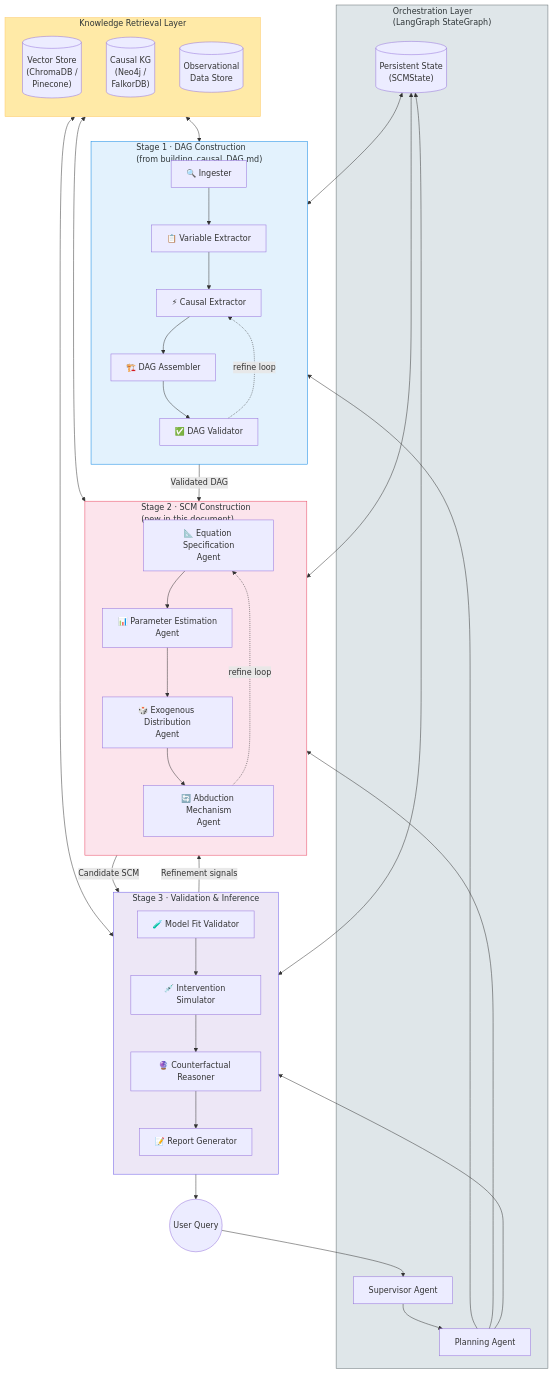
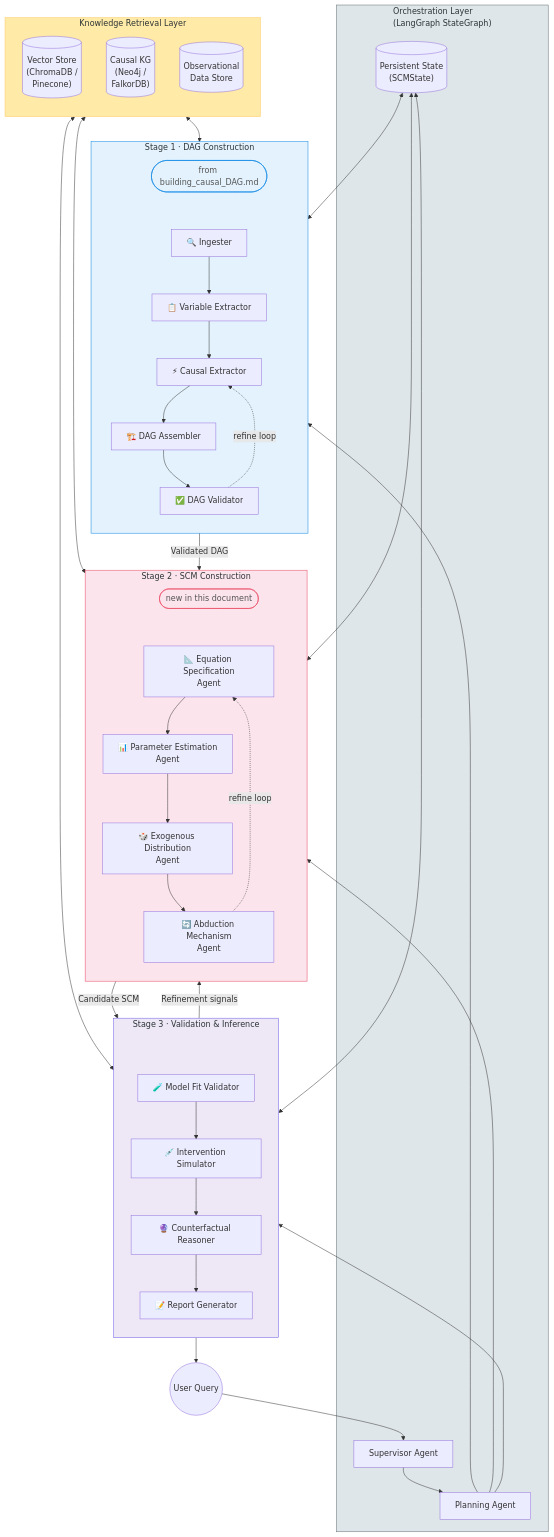
One commit to dimitarpg13/agentic_architectures_and_design_patterns changed the fourth of 16 diagrams in notebooks/causal_inference/building_SCM.md. Above: the diagram before and after it, drawn with Mermaid.

Commit message:
update md

````diff
--- a/notebooks/causal_inference/building_SCM.md
+++ b/notebooks/causal_inference/building_SCM.md
@@ -330,72 +330,78 @@
 ```mermaid
 flowchart TB
     USER(("User Query")) --> SUPERVISOR
 
     subgraph ORCHESTRATION["Orchestration Layer<br/>(LangGraph StateGraph)"]
         SUPERVISOR["Supervisor Agent"]
         PLANNER["Planning Agent"]
         MEMORY[("Persistent State<br/>(SCMState)")]
     end
 
-    subgraph STAGE1["Stage 1 · DAG Construction<br/>(from building_causal_DAG.md)"]
+    subgraph STAGE1["Stage 1 · DAG Construction"]
         direction TB
+        A0(["from building_causal_DAG.md"])
         A1["🔍 Ingester"]
         A2["📋 Variable Extractor"]
         A3["⚡ Causal Extractor"]
         A4["🏗️ DAG Assembler"]
         A5["✅ DAG Validator"]
-        A1 --> A2 --> A3 --> A4 --> A5
+        A0 ~~~ A1 --> A2 --> A3 --> A4 --> A5
         A5 -.->|"refine loop"| A3
     end
 
-    subgraph STAGE2["Stage 2 · SCM Construction<br/>(new in this document)"]
+    subgraph STAGE2["Stage 2 · SCM Construction"]
         direction TB
+        B0(["new in this document"])
         B1["📐 Equation Specification<br/>Agent"]
         B2["📊 Parameter Estimation<br/>Agent"]
         B3["🎲 Exogenous Distribution<br/>Agent"]
         B4["🔄 Abduction Mechanism<br/>Agent"]
-        B1 --> B2 --> B3 --> B4
+        B0 ~~~ B1 --> B2 --> B3 --> B4
         B4 -.->|"refine loop"| B1
     end
 
     subgraph STAGE3["Stage 3 · Validation & Inference"]
         direction TB
+        C0([" "])
         C1["🧪 Model Fit Validator"]
         C2["💉 Intervention Simulator"]
         C3["🔮 Counterfactual Reasoner"]
         C4["📝 Report Generator"]
-        C1 --> C2 --> C3 --> C4
+        C0 ~~~ C1 --> C2 --> C3 --> C4
     end
 
     subgraph KNOWLEDGE["Knowledge Retrieval Layer"]
         direction TB
         VEC[("Vector Store<br/>(ChromaDB /<br/>Pinecone)")]
         GRAPH[("Causal KG<br/>(Neo4j /<br/>FalkorDB)")]
         DATA[("Observational<br/>Data Store")]
     end
 
     SUPERVISOR --> PLANNER
     PLANNER --> STAGE1
     PLANNER --> STAGE2
     PLANNER --> STAGE3
 
     KNOWLEDGE <--> STAGE1
     KNOWLEDGE <--> STAGE2
     KNOWLEDGE <--> STAGE3
 
     MEMORY <--> STAGE1
     MEMORY <--> STAGE2
     MEMORY <--> STAGE3
 
     STAGE1 -->|"Validated DAG"| STAGE2
     STAGE2 -->|"Candidate SCM"| STAGE3
     STAGE3 -->|"Refinement signals"| STAGE2
 
     STAGE3 --> USER
 
+    style A0 fill:#e3f2fd,stroke:#0984e3,color:#555
+    style B0 fill:#fce4ec,stroke:#e94560,color:#555
+    style C0 fill:none,stroke:none,color:none
     style ORCHESTRATION fill:#dfe6e9,stroke:#636e72,color:#2d3436
     style STAGE1 fill:#e3f2fd,stroke:#0984e3,color:#2d3436
     style STAGE2 fill:#fce4ec,stroke:#e94560,color:#2d3436
     style STAGE3 fill:#ede7f6,stroke:#6c5ce7,color:#2d3436
     style KNOWLEDGE fill:#ffeaa7,stroke:#fdcb6e,color:#2d3436
 ```
````
